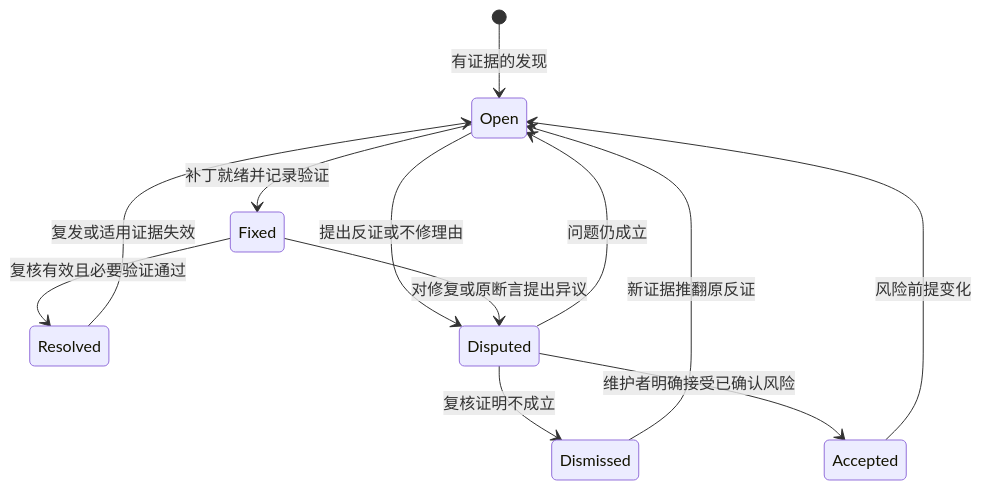
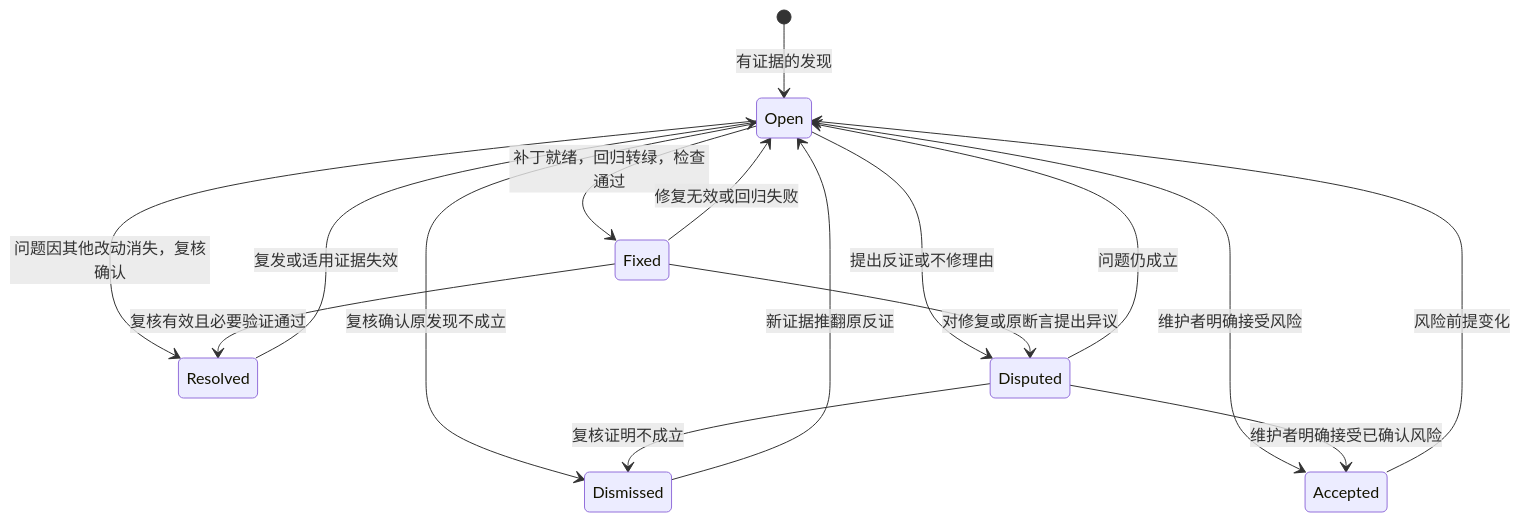
Before and after one commit to aiao-io/rxdb: the diagram in requirements/incremental-ai-code-review.md, drawn with Mermaid. The commit also changed other lines of this file and 13 other files, not shown here.

````diff
--- a/requirements/incremental-ai-code-review.md
+++ b/requirements/incremental-ai-code-review.md
@@ -91,14 +78,18 @@
 ```mermaid
 stateDiagram-v2
     [*] --> Open: 有证据的发现
-    Open --> Fixed: 补丁就绪并记录验证
+    Open --> Fixed: 补丁就绪，回归转绿，检查通过
+    Open --> Resolved: 问题因其他改动消失，复核确认
+    Open --> Disputed: 提出反证或不修理由
+    Open --> Dismissed: 复核确认原发现不成立
+    Open --> Accepted: 维护者明确接受风险
     Fixed --> Resolved: 复核有效且必要验证通过
-    Open --> Disputed: 提出反证或不修理由
+    Fixed --> Open: 修复无效或回归失败
     Fixed --> Disputed: 对修复或原断言提出异议
     Disputed --> Open: 问题仍成立
     Disputed --> Dismissed: 复核证明不成立
     Disputed --> Accepted: 维护者明确接受已确认风险
     Resolved --> Open: 复发或适用证据失效
     Dismissed --> Open: 新证据推翻原反证
     Accepted --> Open: 风险前提变化
 ```
````
